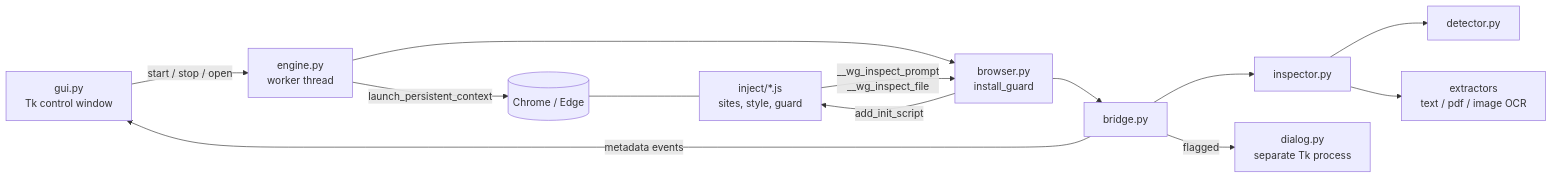
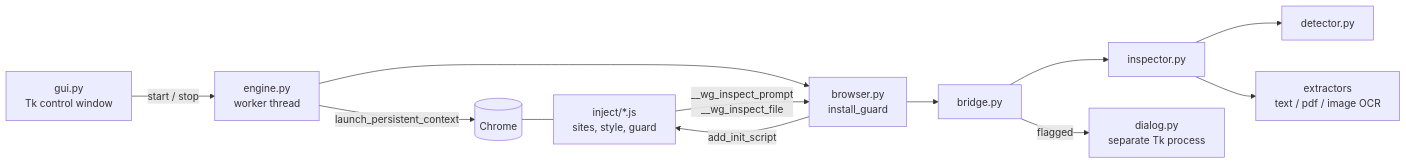
Before and after one commit to ajayvish0/walled-sensitive-upload-guard: the first of 3 diagrams in ARCHITECTURE.md, drawn with Mermaid. The commit also changed other lines of this file and 5 other files, not shown here.

Commit message:
refactor: minimal Start/Stop window, drop counters and event listener

````diff
--- a/ARCHITECTURE.md
+++ b/ARCHITECTURE.md
@@ -12,15 +12,14 @@
 ```mermaid
 flowchart LR
-    GUI[gui.py<br/>Tk control window] -->|start / stop / open| ENG[engine.py<br/>worker thread]
-    ENG -->|launch_persistent_context| CH[(Chrome / Edge)]
+    GUI[gui.py<br/>Tk control window] -->|start / stop| ENG[engine.py<br/>worker thread]
+    ENG -->|launch_persistent_context| CH[(Chrome)]
     ENG --> BR[browser.py<br/>install_guard]
     BR -->|add_init_script| JS[inject/*.js<br/>sites, style, guard]
     JS -->|__wg_inspect_prompt<br/>__wg_inspect_file| BR
     BR --> BRG[bridge.py]
     BRG --> INS[inspector.py]
     INS --> DET[detector.py]
     INS --> EXT[extractors<br/>text / pdf / image OCR]
     BRG -->|flagged| DLG[dialog.py<br/>separate Tk process]
-    BRG -->|metadata events| GUI
     CH --- JS
 ```
````
